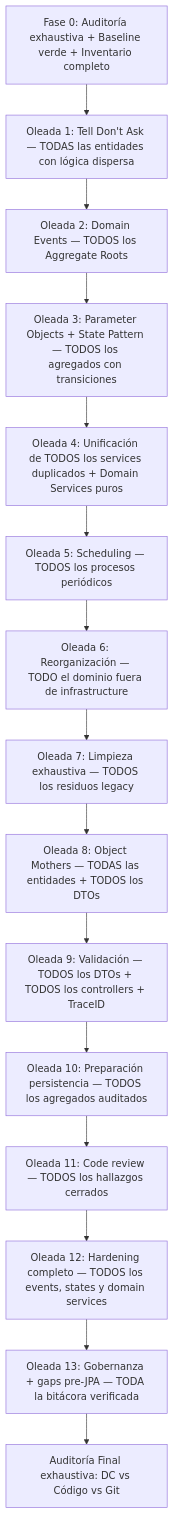
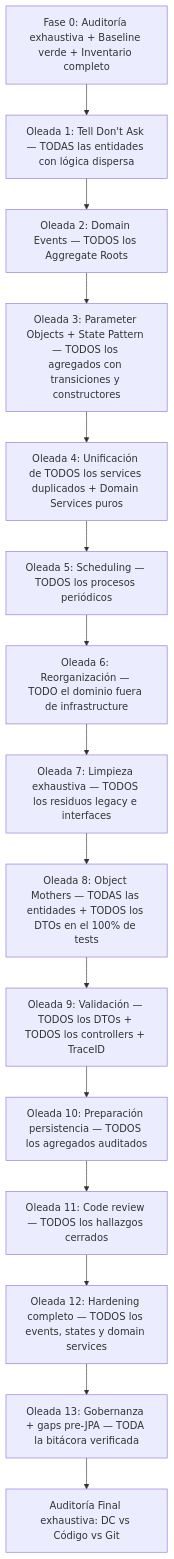
Before and after one commit to tsorren/DonaTrack-TP-DDS: the diagram in docs/design/plan-generico-refactor-servicios.md, drawn with Mermaid. The commit also changed other lines of this file and 22 other files, not shown here.

````diff
--- a/docs/design/plan-generico-refactor-servicios.md
+++ b/docs/design/plan-generico-refactor-servicios.md
@@ -32,33 +34,33 @@
 ```mermaid
 graph TD
     F0["Fase 0: Auditoría exhaustiva + Baseline verde + Inventario completo"]
     O1["Oleada 1: Tell Don't Ask — TODAS las entidades con lógica dispersa"]
     O2["Oleada 2: Domain Events — TODOS los Aggregate Roots"]
-    O3["Oleada 3: Parameter Objects + State Pattern — TODOS los agregados con transiciones"]
+    O3["Oleada 3: Parameter Objects + State Pattern — TODOS los agregados con transiciones y constructores"]
     O4["Oleada 4: Unificación de TODOS los services duplicados + Domain Services puros"]
     O5["Oleada 5: Scheduling — TODOS los procesos periódicos"]
     O6["Oleada 6: Reorganización — TODO el dominio fuera de infrastructure"]
-    O7["Oleada 7: Limpieza exhaustiva — TODOS los residuos legacy"]
-    O8["Oleada 8: Object Mothers — TODAS las entidades + TODOS los DTOs"]
+    O7["Oleada 7: Limpieza exhaustiva — TODOS los residuos legacy e interfaces"]
+    O8["Oleada 8: Object Mothers — TODAS las entidades + TODOS los DTOs en el 100% de tests"]
     O9["Oleada 9: Validación — TODOS los DTOs + TODOS los controllers + TraceID"]
     O10["Oleada 10: Preparación persistencia — TODOS los agregados auditados"]
     O11["Oleada 11: Code review — TODOS los hallazgos cerrados"]
     O12["Oleada 12: Hardening completo — TODOS los events, states y domain services"]
     O13["Oleada 13: Gobernanza + gaps pre-JPA — TODA la bitácora verificada"]
     AF["Auditoría Final exhaustiva: DC vs Código vs Git"]
 
     F0 --> O1
     O1 --> O2
     O2 --> O3
     O3 --> O4
     O4 --> O5
     O5 --> O6
     O6 --> O7
     O7 --> O8
     O8 --> O9
     O9 --> O10
     O10 --> O11
     O11 --> O12
     O12 --> O13
     O13 --> AF
 ```
````
